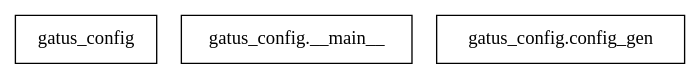
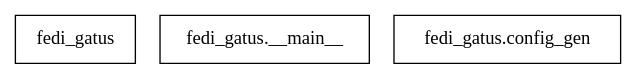
Before and after one commit to Jelloeater/fedi_gatus: the diagram in docs/packages.dot, drawn with Graphviz. The commit also changed 9 other files, not shown here.

```diff
--- a/docs/packages.dot
+++ b/docs/packages.dot
@@ -1,7 +1,7 @@
 digraph "packages" {
 rankdir=BT
 charset="utf-8"
-"gatus_config" [color="black", label=<gatus_config>, shape="box", style="solid"];
-"gatus_config.__main__" [color="black", label=<gatus_config.__main__>, shape="box", style="solid"];
-"gatus_config.config_gen" [color="black", label=<gatus_config.config_gen>, shape="box", style="solid"];
+"fedi_gatus" [color="black", label=<fedi_gatus>, shape="box", style="solid"];
+"fedi_gatus.__main__" [color="black", label=<fedi_gatus.__main__>, shape="box", style="solid"];
+"fedi_gatus.config_gen" [color="black", label=<fedi_gatus.config_gen>, shape="box", style="solid"];
 }
```
